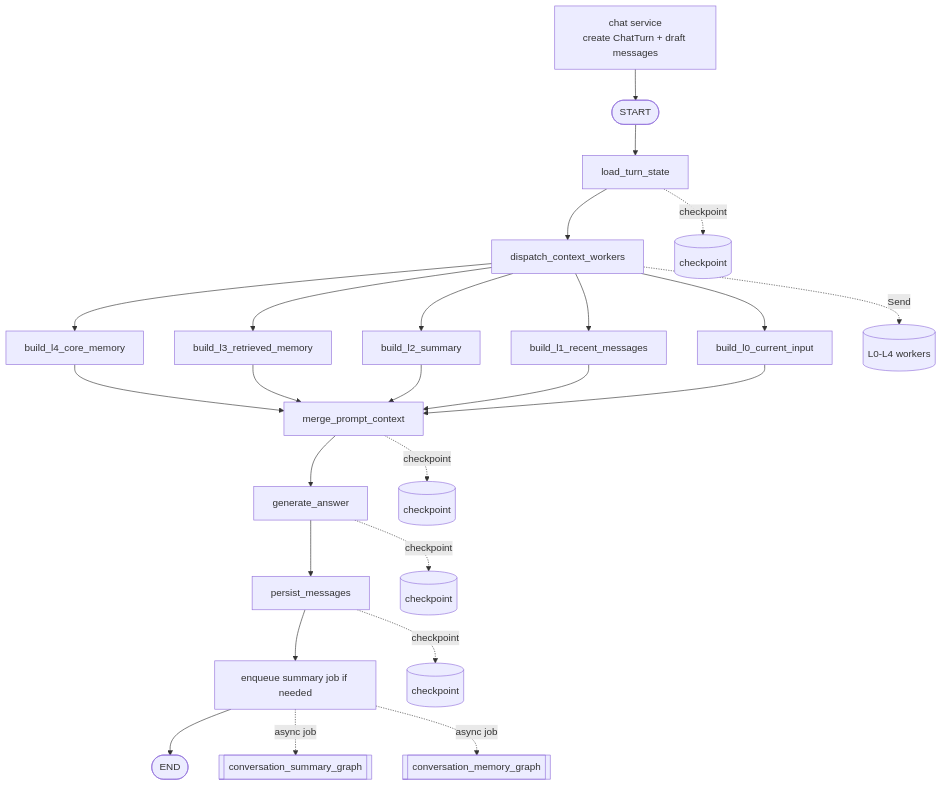
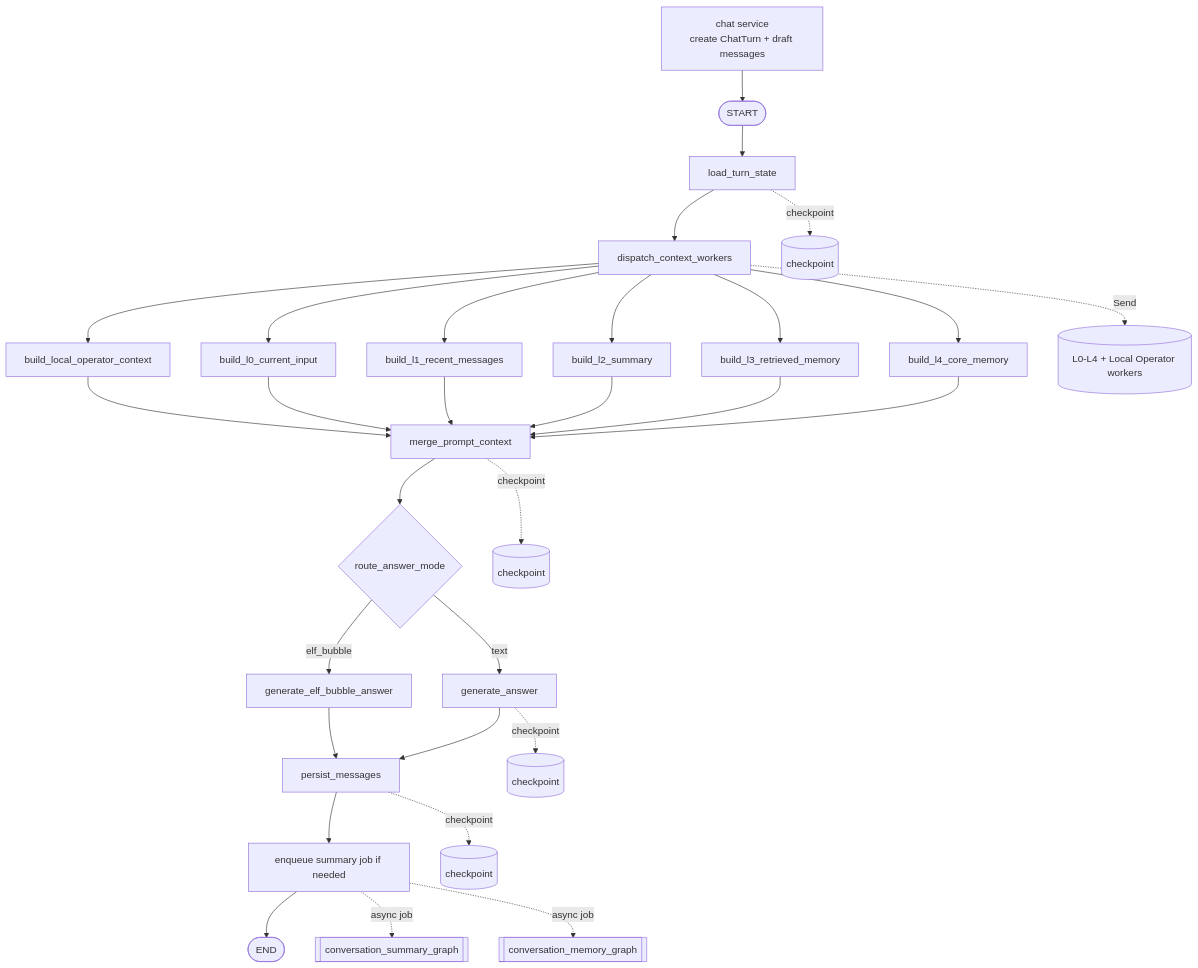
Before and after one commit to LiuJiaxuan1024/AiMemo: the first of 6 diagrams in docs/agent/memory-chat-graph.md, drawn with Mermaid. The commit also changed other lines of this file and 150 other files, not shown here.

Commit message:
feat: add desktop elf and local operator

````diff
--- a/docs/agent/memory-chat-graph.md
+++ b/docs/agent/memory-chat-graph.md
@@ -11,28 +11,33 @@
 ```mermaid
 flowchart TD
     Precreate[chat service<br/>create ChatTurn + draft messages] --> Start([START])
     Start([START]) --> Load[load_turn_state]
     Load --> Dispatch[dispatch_context_workers]
     Dispatch --> L4[build_l4_core_memory]
     Dispatch --> L3[build_l3_retrieved_memory]
     Dispatch --> L2[build_l2_summary]
     Dispatch --> L1[build_l1_recent_messages]
     Dispatch --> L0[build_l0_current_input]
+    Dispatch --> LocalOperator[build_local_operator_context]
     L4 --> Merge[merge_prompt_context]
     L3 --> Merge
     L2 --> Merge
     L1 --> Merge
     L0 --> Merge
-    Merge --> Generate[generate_answer]
+    LocalOperator --> Merge
+    Merge --> RouteAnswer{route_answer_mode}
+    RouteAnswer -->|text| Generate[generate_answer]
+    RouteAnswer -->|elf_bubble| BubbleGenerate[generate_elf_bubble_answer]
     Generate --> Persist[persist_messages]
+    BubbleGenerate --> Persist
     Persist --> MaybeSummary[enqueue summary job if needed]
     MaybeSummary --> End([END])
     MaybeSummary -. async job .-> SummaryGraph[[conversation_summary_graph]]
     MaybeSummary -. async job .-> MemoryGraph[[conversation_memory_graph]]
 
     Load -. checkpoint .-> CP1[(checkpoint)]
-    Dispatch -. Send .-> Workers[(L0-L4 workers)]
+    Dispatch -. Send .-> Workers[(L0-L4 + Local Operator workers)]
     Merge -. checkpoint .-> CP2[(checkpoint)]
     Generate -. checkpoint .-> CP3[(checkpoint)]
     Persist -. checkpoint .-> CP4[(checkpoint)]
 ```
````
